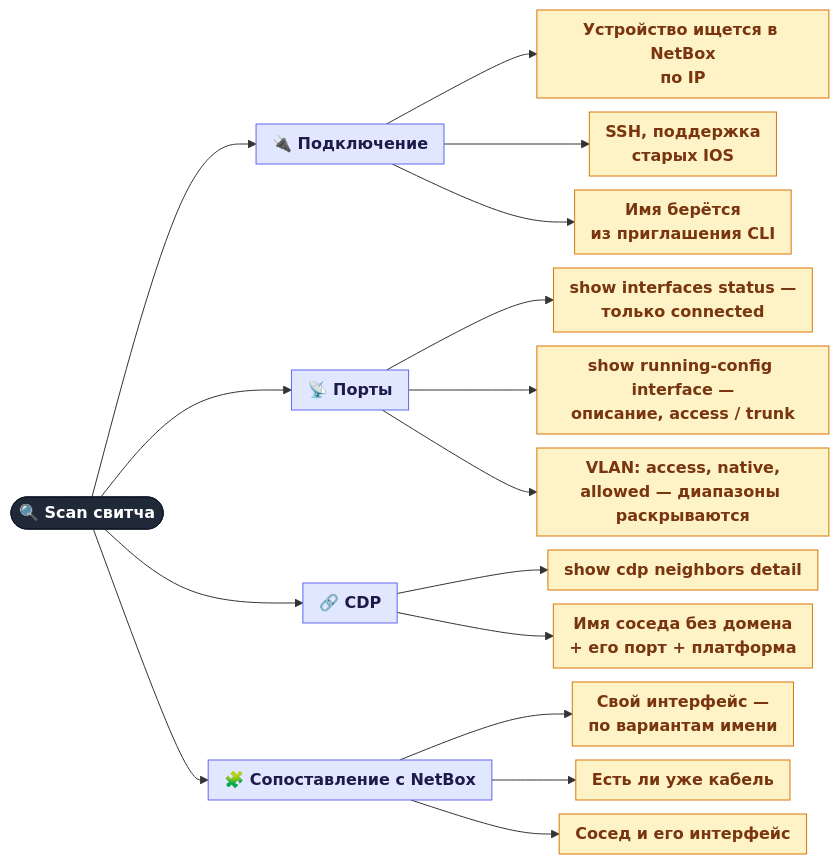
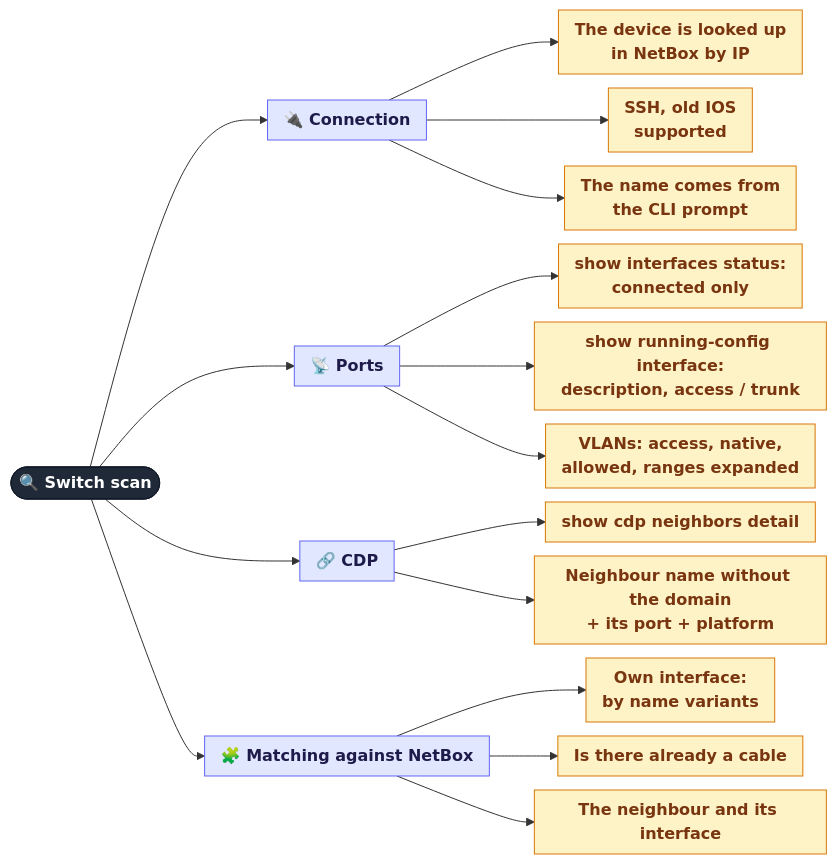
The second of 5 diagrams in docs/features/06b-netbox-cdp.md (Madly222/MCPforMonitoring), drawn with Mermaid before and after one commit. The commit also changed other lines of this file and 37 other files, not shown here.

````diff
--- a/docs/features/06b-netbox-cdp.md
+++ b/docs/features/06b-netbox-cdp.md
@@ -25,28 +25,28 @@
 ```mermaid
 %%{init: {"flowchart": {"nodeSpacing": 14, "rankSpacing": 45, "curve": "basis", "padding": 8, "wrappingWidth": 260}}}%%
 flowchart LR
-    ROOT(["🔍 Scan свитча"]):::root
+    ROOT(["🔍 Switch scan"]):::root
 
-    ROOT --> CON["🔌 Подключение"]:::group
-    CON --> C1["Устройство ищется в NetBox<br/>по IP"]:::auto
-    CON --> C2["SSH, поддержка<br/>старых IOS"]:::auto
-    CON --> C3["Имя берётся<br/>из приглашения CLI"]:::auto
+    ROOT --> CON["🔌 Connection"]:::group
+    CON --> C1["The device is looked up<br/>in NetBox by IP"]:::auto
+    CON --> C2["SSH, old IOS<br/>supported"]:::auto
+    CON --> C3["The name comes from<br/>the CLI prompt"]:::auto
 
-    ROOT --> PORTS["📡 Порты"]:::group
-    PORTS --> P1["show interfaces status —<br/>только connected"]:::auto
-    PORTS --> P2["show running-config interface —<br/>описание, access / trunk"]:::auto
-    PORTS --> P3["VLAN: access, native,<br/>allowed — диапазоны раскрываются"]:::auto
+    ROOT --> PORTS["📡 Ports"]:::group
+    PORTS --> P1["show interfaces status:<br/>connected only"]:::auto
+    PORTS --> P2["show running-config interface:<br/>description, access / trunk"]:::auto
+    PORTS --> P3["VLANs: access, native,<br/>allowed, ranges expanded"]:::auto
 
     ROOT --> CDP["🔗 CDP"]:::group
     CDP --> D1["show cdp neighbors detail"]:::auto
-    CDP --> D2["Имя соседа без домена<br/>+ его порт + платформа"]:::auto
+    CDP --> D2["Neighbour name without the domain<br/>+ its port + platform"]:::auto
 
-    ROOT --> MATCH["🧩 Сопоставление с NetBox"]:::group
-    MATCH --> M1["Свой интерфейс —<br/>по вариантам имени"]:::auto
-    MATCH --> M2["Есть ли уже кабель"]:::auto
-    MATCH --> M3["Сосед и его интерфейс"]:::auto
+    ROOT --> MATCH["🧩 Matching against NetBox"]:::group
+    MATCH --> M1["Own interface:<br/>by name variants"]:::auto
+    MATCH --> M2["Is there already a cable"]:::auto
+    MATCH --> M3["The neighbour and its interface"]:::auto
 
     classDef root  fill:#1f2937,stroke:#111827,color:#ffffff,font-weight:bold
     classDef group fill:#e0e7ff,stroke:#6366f1,color:#1e1b4b,font-weight:bold
     classDef auto  fill:#fef3c7,stroke:#d97706,color:#78350f
 ```
````
